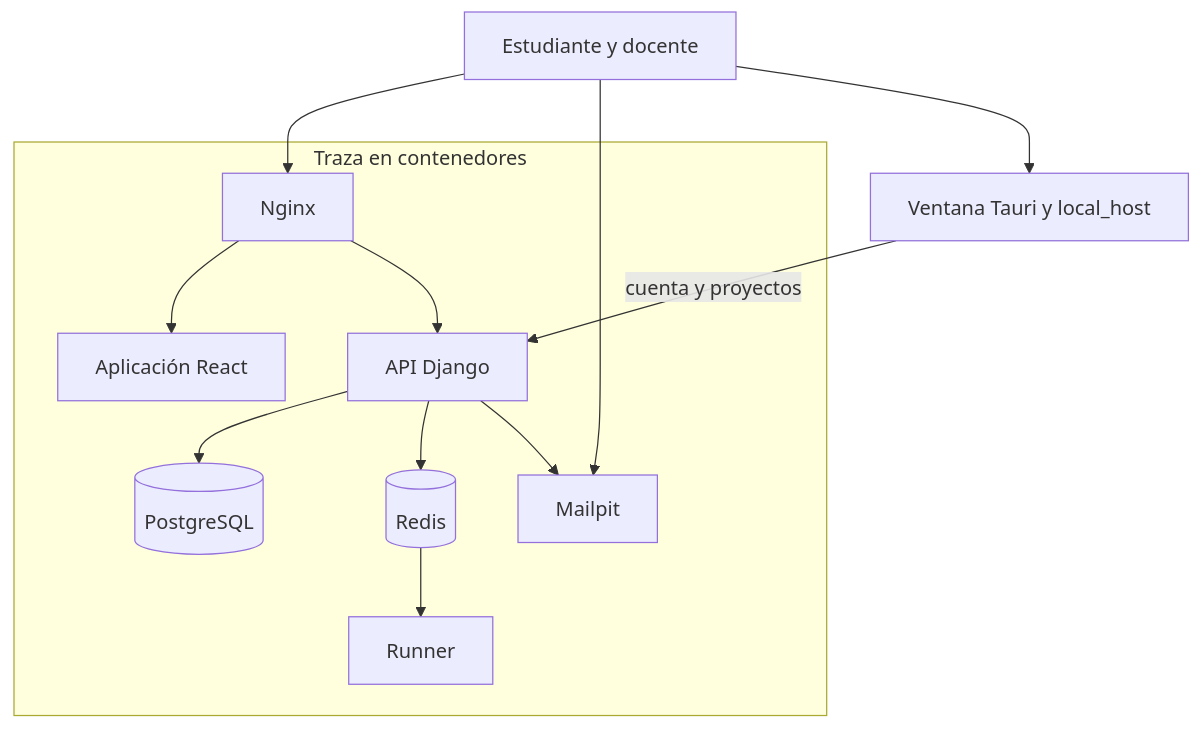
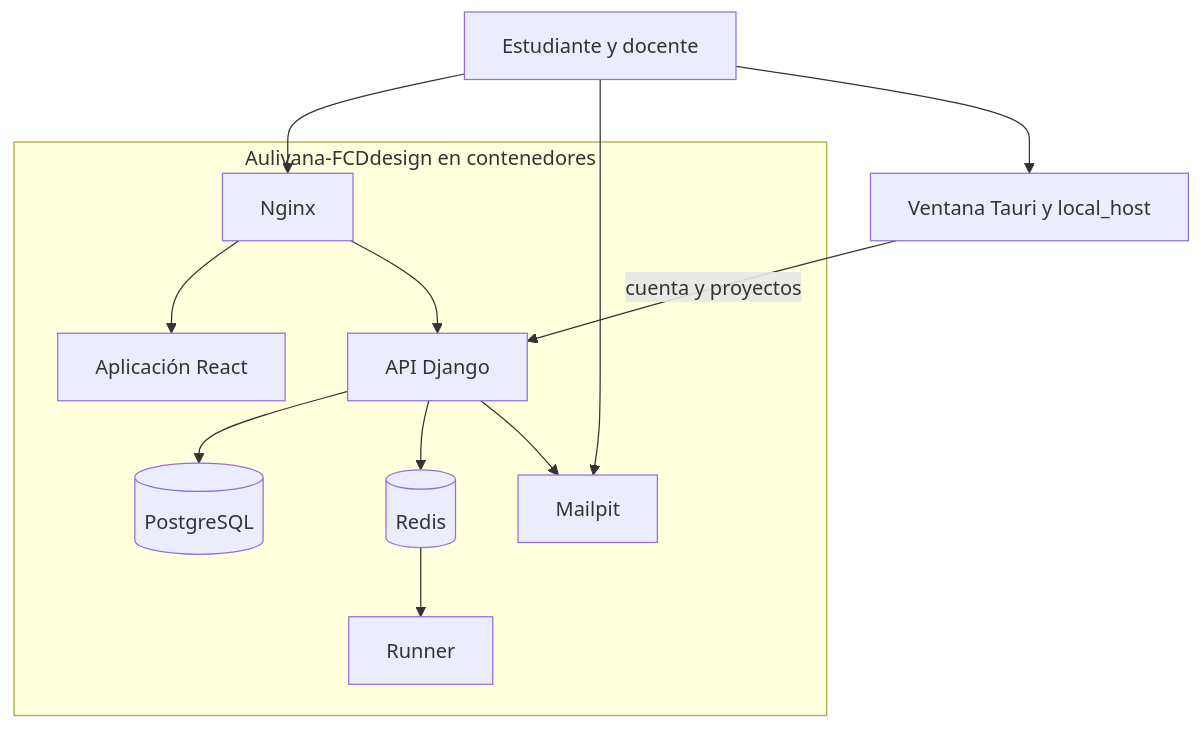
One commit to roque-code/FCDesign_client_server changed the second of 3 diagrams in docs/vistas/diagrama-c4.md. Above: the diagram before and after it, drawn with Mermaid. The commit also changed other lines of this file and 60 other files, not shown here.

````diff
--- a/docs/vistas/diagrama-c4.md
+++ b/docs/vistas/diagrama-c4.md
@@ -22,24 +22,24 @@
 ```mermaid
 flowchart TB
     est[Estudiante y docente]
     desk[Ventana Tauri y local_host]
-    subgraph traza [Traza en contenedores]
+    subgraph producto [Aulivana-FCDdesign en contenedores]
         ngx[Nginx]
         spa[Aplicación React]
         api[API Django]
         run[Runner]
         pg[(PostgreSQL)]
         redis[(Redis)]
         mail[Mailpit]
     end
     est --> ngx
     est --> mail
     est --> desk
     desk -->|cuenta y proyectos| api
     ngx --> spa
     ngx --> api
     api --> pg
     api --> redis
     api --> mail
     redis --> run
 ```
````
